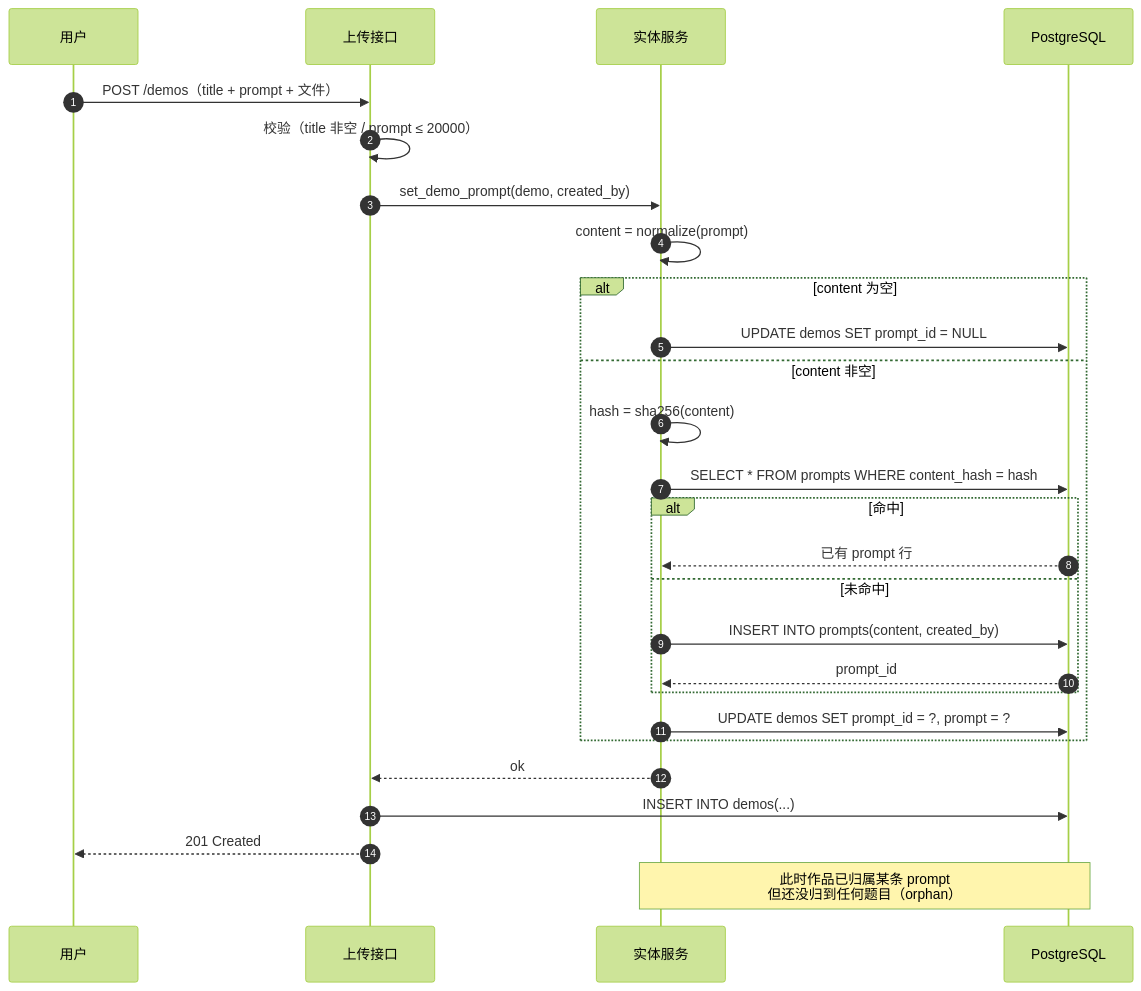
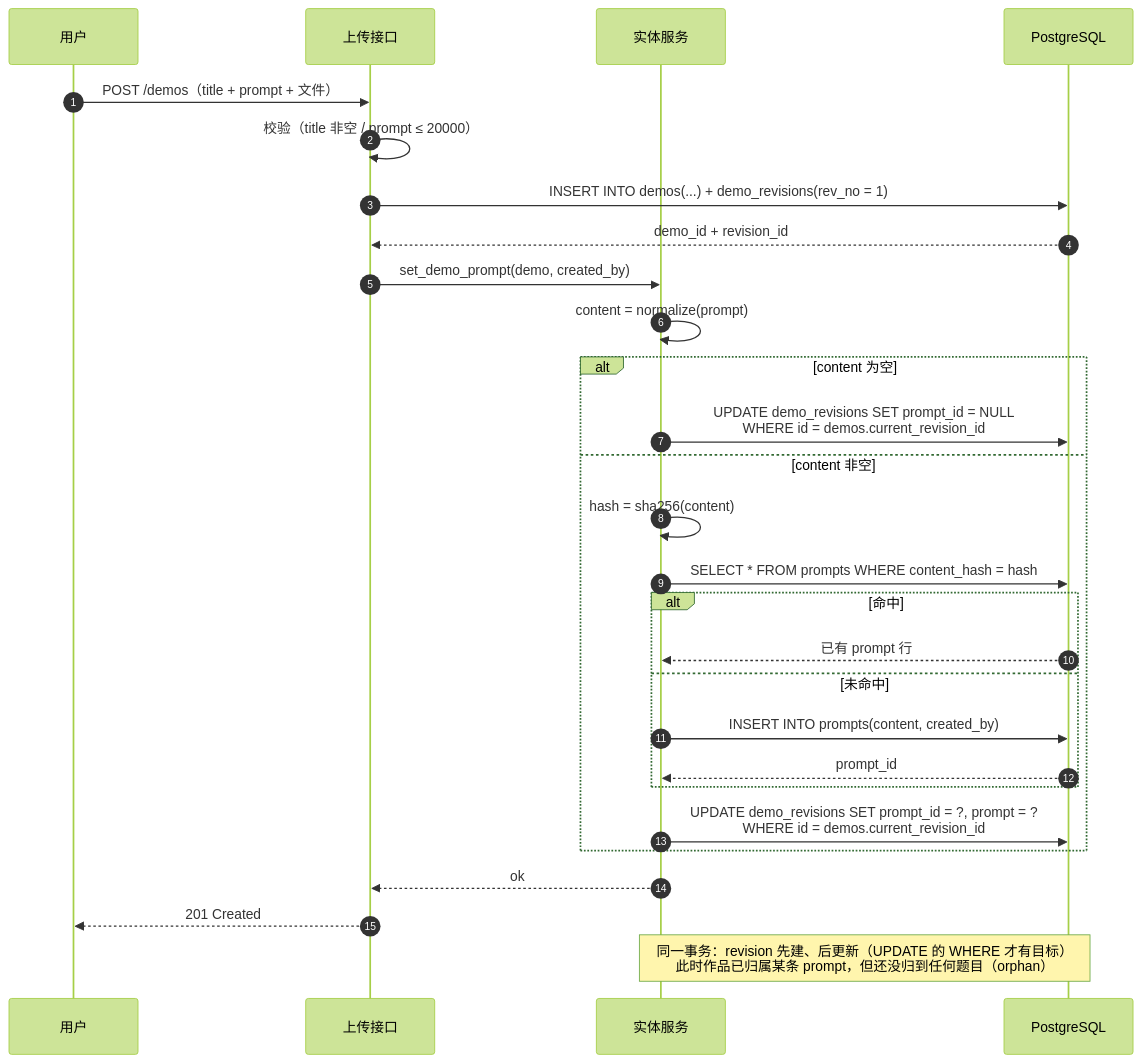
One commit to deepdemos/ds-demos-showcase changed the seventh of 22 diagrams in docs/实体域UML图集.md. Above: the diagram before and after it, drawn with Mermaid (forest theme). The commit also changed other lines of this file and 36 other files, not shown here.

````diff
--- a/docs/实体域UML图集.md
+++ b/docs/实体域UML图集.md
@@ -483,33 +832,34 @@
 ```mermaid
 sequenceDiagram
     autonumber
     participant U as 用户
     participant API as 上传接口
     participant SVC as 实体服务
     participant DB as PostgreSQL
 
     U->>API: POST /demos（title + prompt + 文件）
     API->>API: 校验（title 非空 / prompt ≤ 20000）
+    API->>DB: INSERT INTO demos(...) + demo_revisions(rev_no = 1)
+    DB-->>API: demo_id + revision_id
     API->>SVC: set_demo_prompt(demo, created_by)
 
     SVC->>SVC: content = normalize(prompt)
     alt content 为空
-        SVC->>DB: UPDATE demos SET prompt_id = NULL
+        SVC->>DB: UPDATE demo_revisions SET prompt_id = NULL<br/>WHERE id = demos.current_revision_id
     else content 非空
         SVC->>SVC: hash = sha256(content)
         SVC->>DB: SELECT * FROM prompts WHERE content_hash = hash
         alt 命中
             DB-->>SVC: 已有 prompt 行
         else 未命中
             SVC->>DB: INSERT INTO prompts(content, created_by)
             DB-->>SVC: prompt_id
         end
-        SVC->>DB: UPDATE demos SET prompt_id = ?, prompt = ?
+        SVC->>DB: UPDATE demo_revisions SET prompt_id = ?, prompt = ?<br/>WHERE id = demos.current_revision_id
     end
 
     SVC-->>API: ok
-    API->>DB: INSERT INTO demos(...)
     API-->>U: 201 Created
 
-    Note over SVC,DB: 此时作品已归属某条 prompt<br/>但还没归到任何题目（orphan）
+    Note over SVC,DB: 同一事务：revision 先建、后更新（UPDATE 的 WHERE 才有目标）<br/>此时作品已归属某条 prompt，但还没归到任何题目（orphan）
 ```
````
